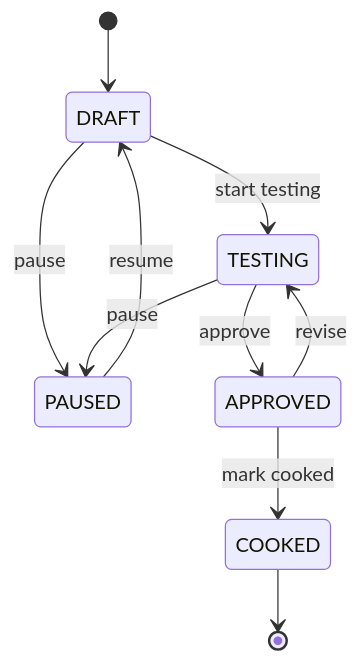
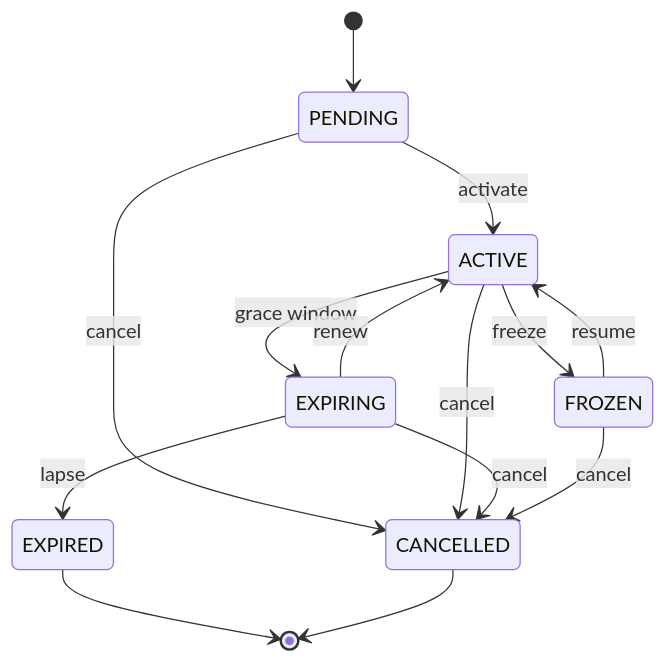
Before and after one commit to hoop-ai/gym-membership-management-system: the diagram in docs/uml/activity/state-diagram.md, drawn with Mermaid. The commit also changed other lines of this file and 77 other files, not shown here.

````diff
--- a/docs/uml/activity/state-diagram.md
+++ b/docs/uml/activity/state-diagram.md
@@ -7,17 +6,21 @@
 ```mermaid
 stateDiagram-v2
-    [*] --> DRAFT
+    [*] --> PENDING
 
-    DRAFT --> TESTING : start testing
-    DRAFT --> PAUSED  : pause
+    PENDING --> ACTIVE    : activate
+    PENDING --> CANCELLED : cancel
 
-    TESTING --> APPROVED : approve
-    TESTING --> PAUSED   : pause
+    ACTIVE --> EXPIRING  : grace window
+    ACTIVE --> FROZEN    : freeze
+    ACTIVE --> CANCELLED : cancel
 
-    APPROVED --> COOKED  : mark cooked
-    APPROVED --> TESTING : revise
+    EXPIRING --> ACTIVE    : renew
+    EXPIRING --> EXPIRED   : lapse
+    EXPIRING --> CANCELLED : cancel
 
-    COOKED --> [*]
+    FROZEN --> ACTIVE    : resume
+    FROZEN --> CANCELLED : cancel
 
-    PAUSED --> DRAFT : resume
+    EXPIRED   --> [*]
+    CANCELLED --> [*]
 ```
````
